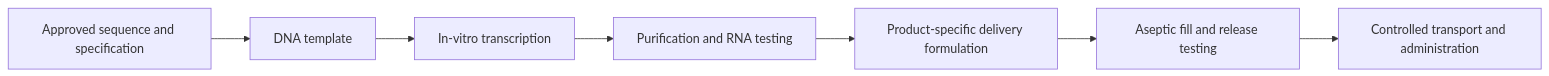
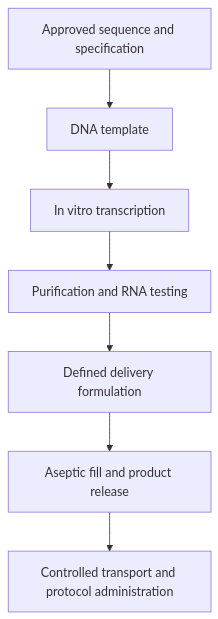
The diagram in wiki/education/designing-a-vaccine/05-how-vaccines-are-manufactured.md (jasonLaster/oncoguide), drawn with Mermaid before and after one commit. The commit also changed other lines of this file and 50 other files, not shown here.

````diff
--- a/wiki/education/designing-a-vaccine/05-how-vaccines-are-manufactured.md
+++ b/wiki/education/designing-a-vaccine/05-how-vaccines-are-manufactured.md
@@ -51,9 +45,9 @@
 ```mermaid
-flowchart LR
+flowchart TD
   A[Approved sequence and specification] --> B[DNA template]
-  B --> C[In-vitro transcription]
+  B --> C[In vitro transcription]
   C --> D[Purification and RNA testing]
-  D --> E[Product-specific delivery formulation]
-  E --> F[Aseptic fill and release testing]
-  F --> G[Controlled transport and administration]
+  D --> E[Defined delivery formulation]
+  E --> F[Aseptic fill and product release]
+  F --> G[Controlled transport and protocol administration]
 ```
````
